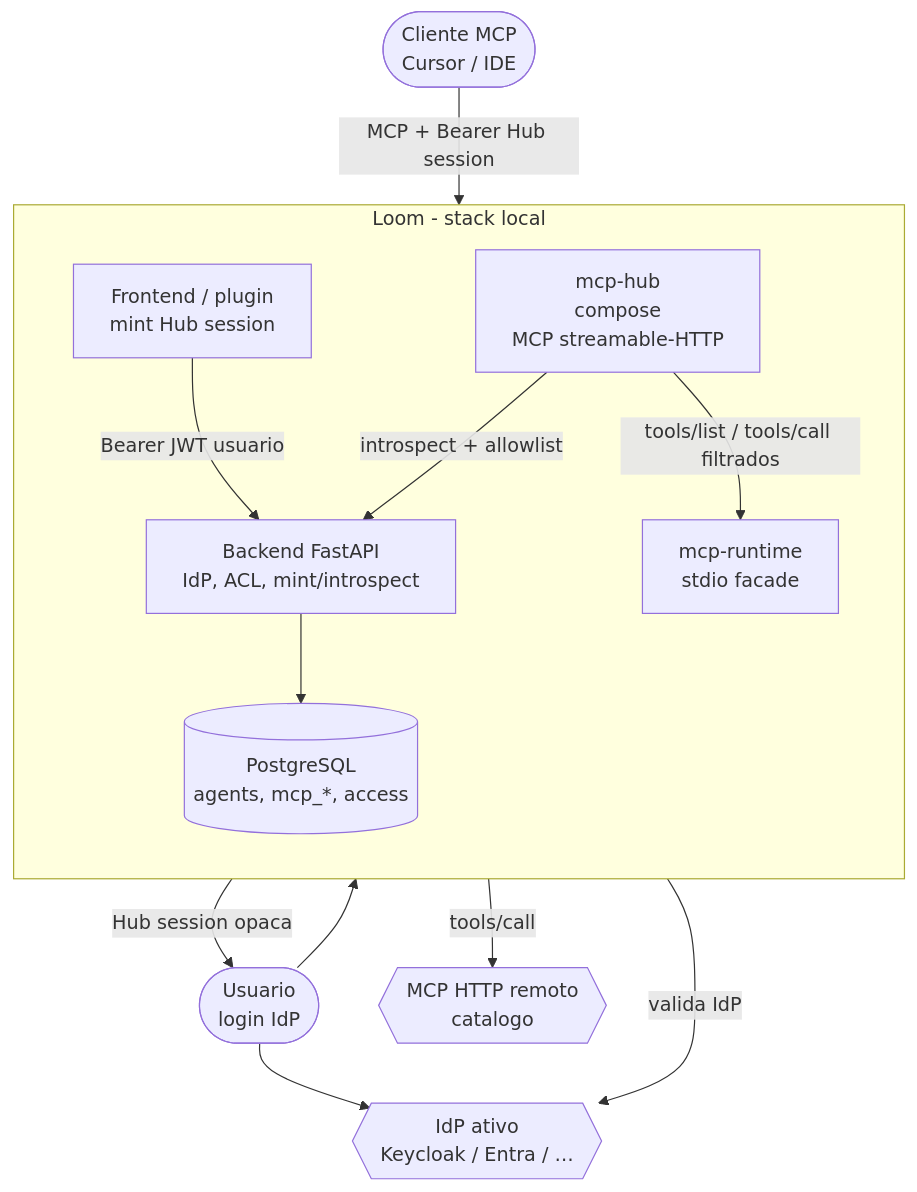
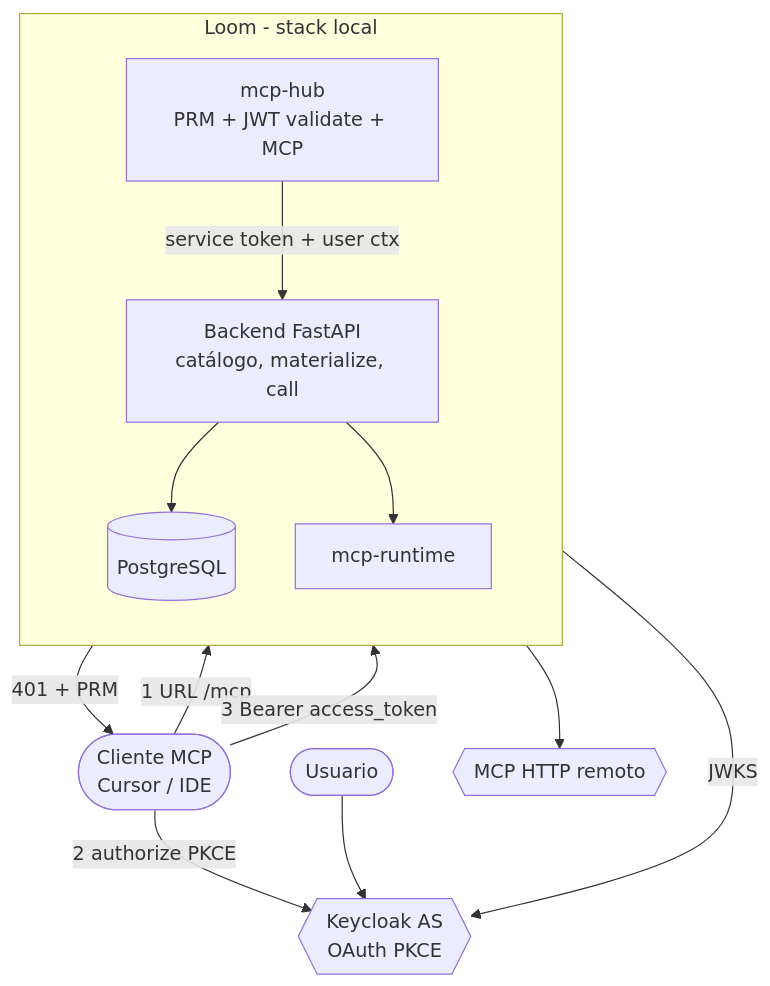
The diagram in docs/adr/0007-mcp-hub.md (awslabs/loom), drawn with Mermaid before and after one commit. The commit also changed other lines of this file and 24 other files, not shown here.

First line of the commit message:
feat: replace Hub mint with OAuth IdP for MCP clients

````diff
--- a/docs/adr/0007-mcp-hub.md
+++ b/docs/adr/0007-mcp-hub.md
@@ -83,28 +84,27 @@
 ```mermaid
 flowchart TB
-  user(["Usuario<br/>login IdP"])
+  user(["Usuario"])
   ide(["Cliente MCP<br/>Cursor / IDE"])
 
   subgraph loom["Loom - stack local"]
     direction TB
-    fe["Frontend / plugin<br/>mint Hub session"]
-    be["Backend FastAPI<br/>IdP, ACL, mint/introspect"]
-    db[("PostgreSQL<br/>agents, mcp_*, access")]
-    hub["mcp-hub<br/>compose<br/>MCP streamable-HTTP"]
-    mr["mcp-runtime<br/>stdio facade"]
+    be["Backend FastAPI<br/>catálogo, materialize, call"]
+    db[("PostgreSQL")]
+    hub["mcp-hub<br/>PRM + JWT validate + MCP"]
+    mr["mcp-runtime"]
   end
 
-  idp{{"IdP ativo<br/>Keycloak / Entra / …"}}
-  remote{{"MCP HTTP remoto<br/>catalogo"}}
+  idp{{"Keycloak AS<br/>OAuth PKCE"}}
+  remote{{"MCP HTTP remoto"}}
 
+  ide -->|"1 URL /mcp"| hub
+  hub -->|"401 + PRM"| ide
+  ide -->|"2 authorize PKCE"| idp
   user --> idp
-  user --> fe
-  fe -->|"Bearer JWT usuario"| be
-  be -->|"valida IdP"| idp
+  ide -->|"3 Bearer access_token"| hub
+  hub -->|"JWKS"| idp
+  hub -->|"service token + user ctx"| be
   be --> db
-  fe -->|"Hub session opaca"| user
-  ide -->|"MCP + Bearer Hub session"| hub
-  hub -->|"introspect + allowlist"| be
-  hub -->|"tools/list / tools/call filtrados"| mr
-  hub -->|"tools/call"| remote
+  be --> mr
+  be --> remote
 ```
````
